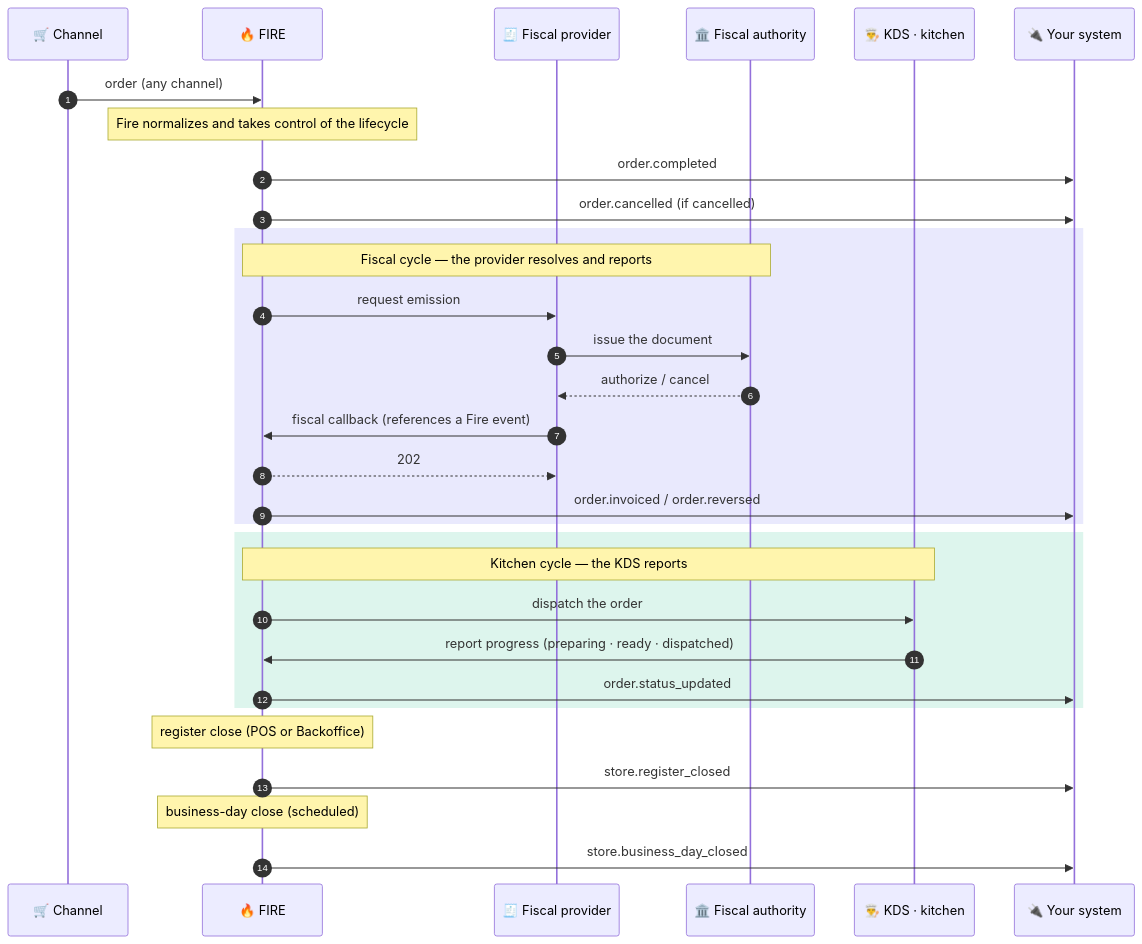
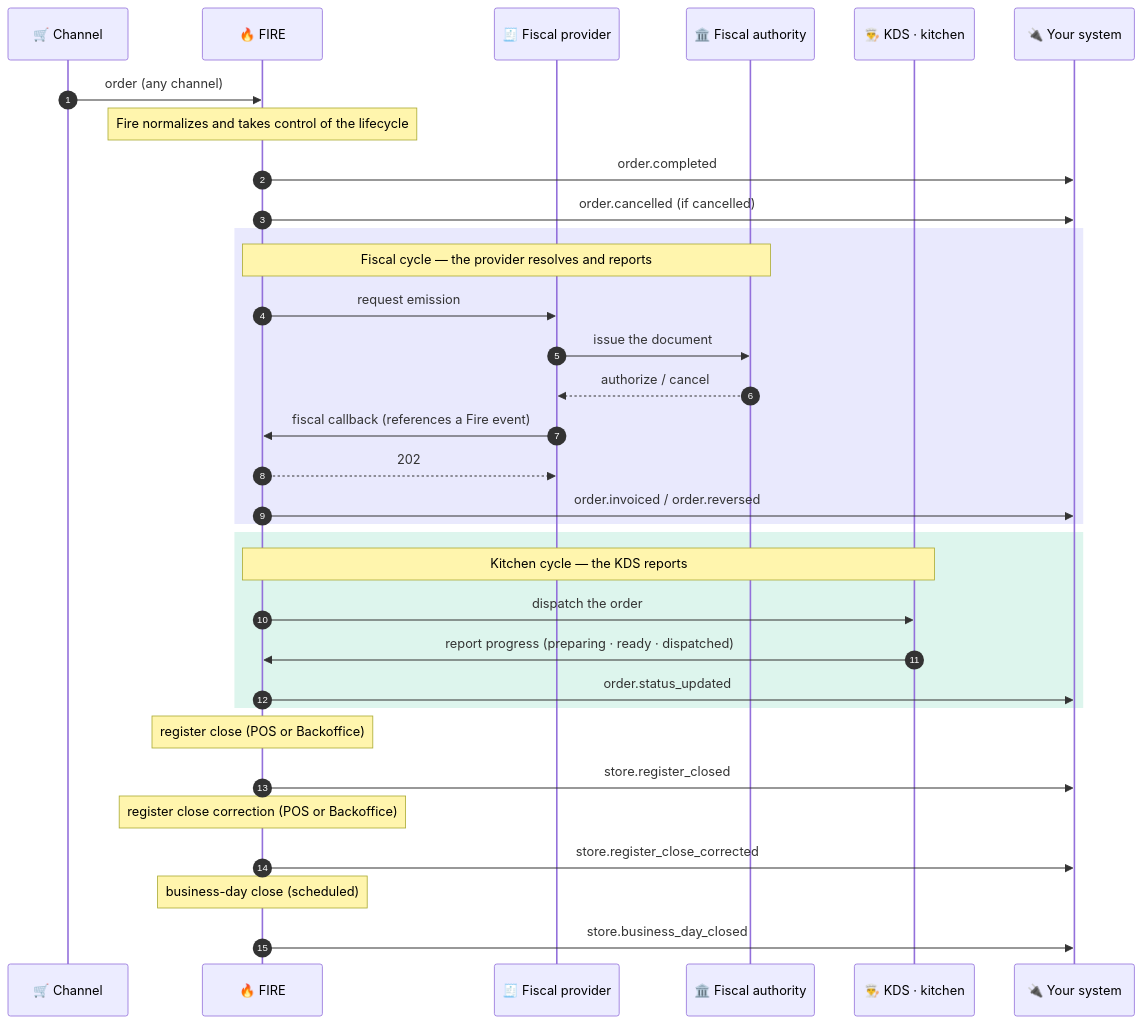
The first of 3 diagrams in en/events/overview.mdx (fire-rest/documentation), drawn with Mermaid before and after one commit. The commit also changed other lines of this file and 18 other files, not shown here.

First line of the commit message:
docs(caja): corrección del cierre de caja — store.register_close_corrected, closeAuthorization y Cierre de día desde la foto (EN/ES/PT)

````diff
--- a/en/events/overview.mdx
+++ b/en/events/overview.mdx
@@ -24,38 +24,41 @@
 ```mermaid
 sequenceDiagram
     autonumber
     participant CH as 🛒 Channel
     participant F as 🔥 FIRE
     participant FP as 🧾 Fiscal provider
     participant AU as 🏛️ Fiscal authority
     participant K as 👨‍🍳 KDS · kitchen
     participant Y as 🔌 Your system
 
     CH->>F: order (any channel)
     Note over F: Fire normalizes and takes control of the lifecycle
     F->>Y: order.completed
     F->>Y: order.cancelled (if cancelled)
 
     rect rgba(99, 102, 241, 0.14)
     Note over F,AU: Fiscal cycle — the provider resolves and reports
     F->>FP: request emission
     FP->>AU: issue the document
     AU-->>FP: authorize / cancel
     FP->>F: fiscal callback (references a Fire event)
     F-->>FP: 202
     F->>Y: order.invoiced / order.reversed
     end
 
     rect rgba(16, 185, 129, 0.14)
     Note over F,K: Kitchen cycle — the KDS reports
     F->>K: dispatch the order
     K->>F: report progress (preparing · ready · dispatched)
     F->>Y: order.status_updated
     end
 
     Note over F: register close (POS or Backoffice)
     F->>Y: store.register_closed
 
+    Note over F: register close correction (POS or Backoffice)
+    F->>Y: store.register_close_corrected
+
     Note over F: business-day close (scheduled)
     F->>Y: store.business_day_closed
 ```
````
